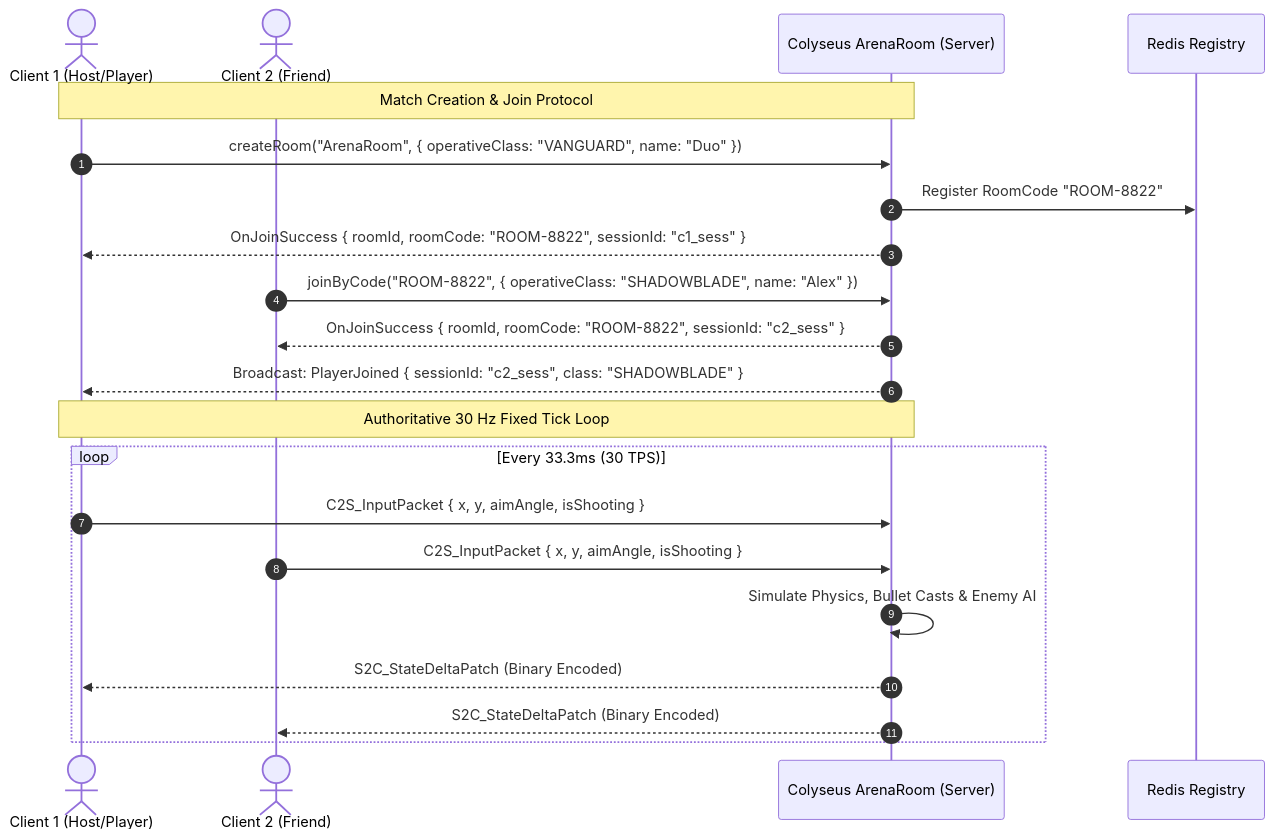
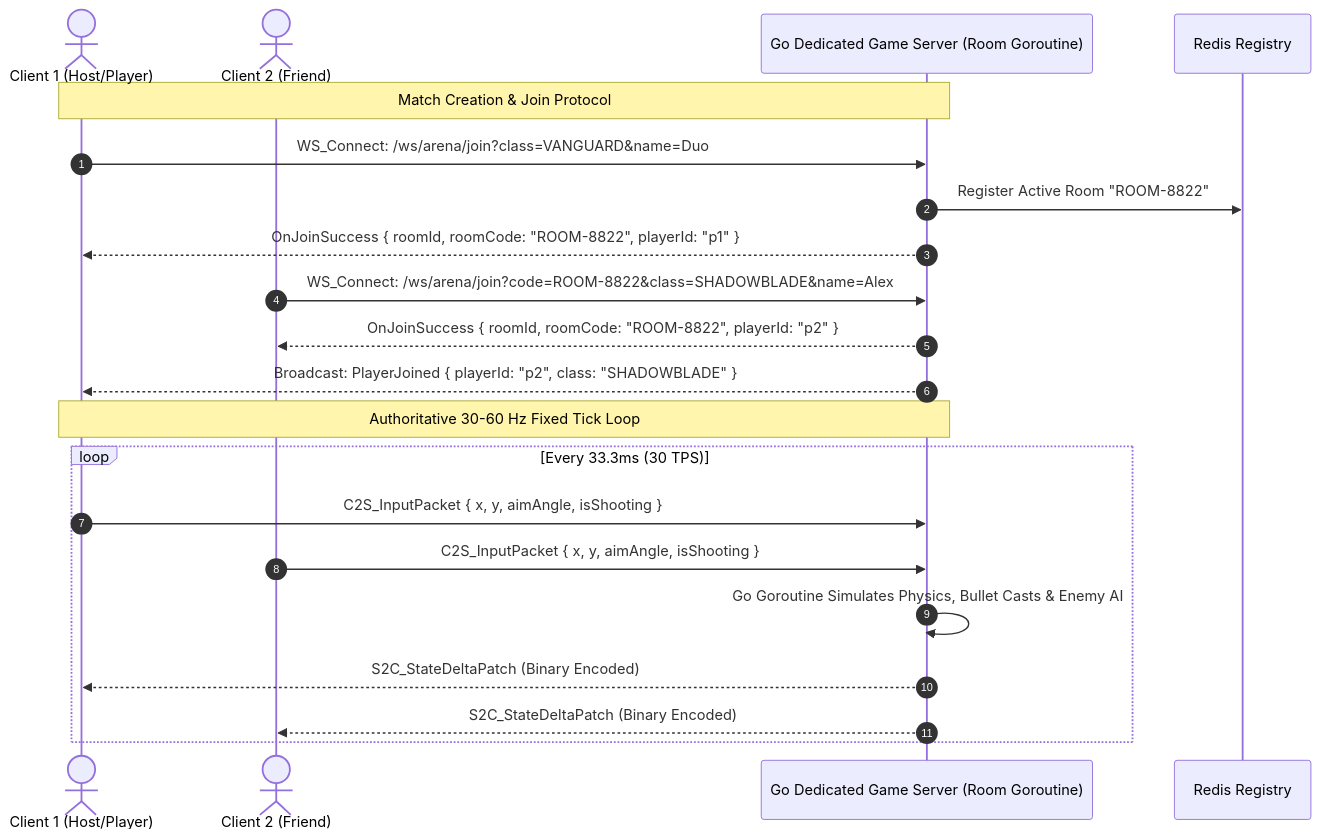
The diagram in docs/03_MULTIPLAYER_NETCODE_SPEC.md (Blackerd/aetheria-overdrive), drawn with Mermaid before and after one commit. The commit also changed other lines of this file and 8 other files, not shown here.

Commit message:
refactor(arch): pivot to industry-standard Unity C# and Golang Game Server stack

````diff
--- a/docs/03_MULTIPLAYER_NETCODE_SPEC.md
+++ b/docs/03_MULTIPLAYER_NETCODE_SPEC.md
@@ -13,26 +13,26 @@
 ```mermaid
 sequenceDiagram
     autonumber
     actor C1 as Client 1 (Host/Player)
     actor C2 as Client 2 (Friend)
-    participant S as Colyseus ArenaRoom (Server)
+    participant S as Go Dedicated Game Server (Room Goroutine)
     participant R as Redis Registry
 
     Note over C1,S: Match Creation & Join Protocol
-    C1->>S: createRoom("ArenaRoom", { operativeClass: "VANGUARD", name: "Duo" })
-    S->>R: Register RoomCode "ROOM-8822"
-    S-->>C1: OnJoinSuccess { roomId, roomCode: "ROOM-8822", sessionId: "c1_sess" }
+    C1->>S: WS_Connect: /ws/arena/join?class=VANGUARD&name=Duo
+    S->>R: Register Active Room "ROOM-8822"
+    S-->>C1: OnJoinSuccess { roomId, roomCode: "ROOM-8822", playerId: "p1" }
     
-    C2->>S: joinByCode("ROOM-8822", { operativeClass: "SHADOWBLADE", name: "Alex" })
-    S-->>C2: OnJoinSuccess { roomId, roomCode: "ROOM-8822", sessionId: "c2_sess" }
-    S-->>C1: Broadcast: PlayerJoined { sessionId: "c2_sess", class: "SHADOWBLADE" }
+    C2->>S: WS_Connect: /ws/arena/join?code=ROOM-8822&class=SHADOWBLADE&name=Alex
+    S-->>C2: OnJoinSuccess { roomId, roomCode: "ROOM-8822", playerId: "p2" }
+    S-->>C1: Broadcast: PlayerJoined { playerId: "p2", class: "SHADOWBLADE" }
 
-    Note over C1,S: Authoritative 30 Hz Fixed Tick Loop
+    Note over C1,S: Authoritative 30-60 Hz Fixed Tick Loop
     loop Every 33.3ms (30 TPS)
         C1->>S: C2S_InputPacket { x, y, aimAngle, isShooting }
         C2->>S: C2S_InputPacket { x, y, aimAngle, isShooting }
-        S->>S: Simulate Physics, Bullet Casts & Enemy AI
+        S->>S: Go Goroutine Simulates Physics, Bullet Casts & Enemy AI
         S-->>C1: S2C_StateDeltaPatch (Binary Encoded)
         S-->>C2: S2C_StateDeltaPatch (Binary Encoded)
     end
 ```
````
